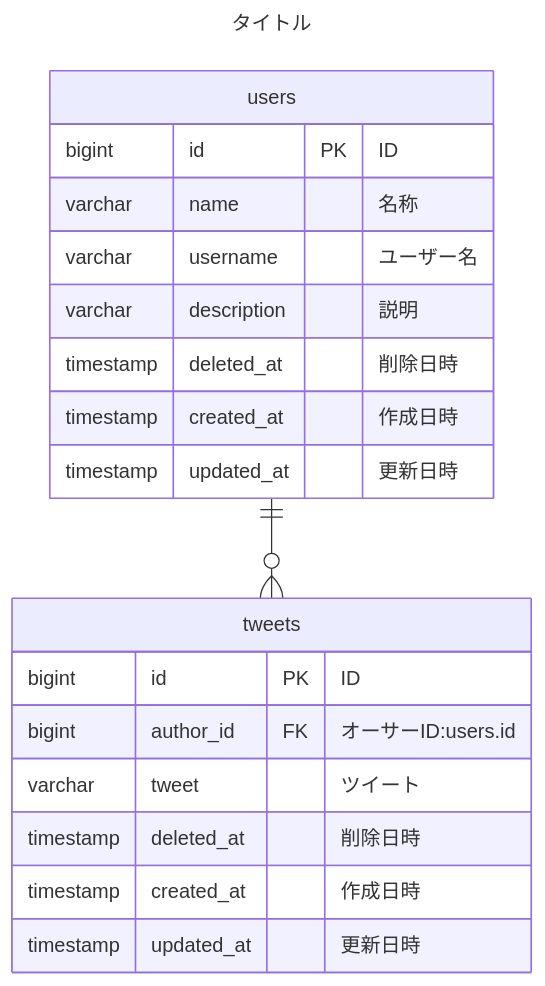
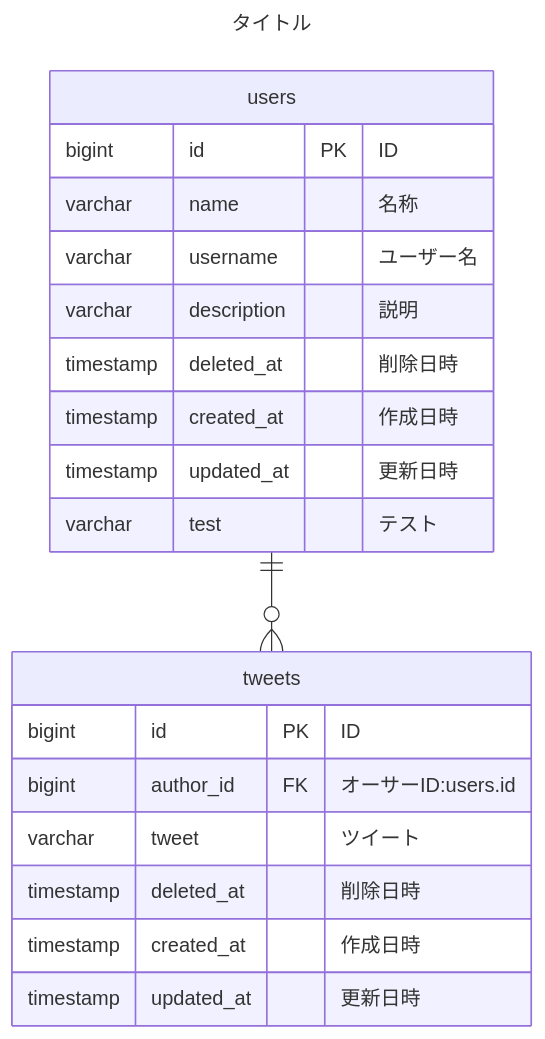
One commit to mogacha/git_tutorial changed the diagram in test1.md. Above: the diagram before and after it, drawn with Mermaid.

Commit message:
とりあえずテスト項目を追加

````diff
--- a/test1.md
+++ b/test1.md
@@ -5,26 +5,27 @@
 ```mermaid
 ---
 title: "タイトル"
 ---
 erDiagram
     users ||--o{ tweets : ""
 
     users {
         bigint id PK "ID"
         varchar name "名称"
         varchar username "ユーザー名"
         varchar description "説明"
         timestamp deleted_at "削除日時"
         timestamp created_at "作成日時"
         timestamp updated_at "更新日時"
+        varchar  test  "テスト"
     }
 
     tweets {
         bigint id PK "ID"
         bigint author_id FK "オーサーID:users.id"
         varchar tweet "ツイート"
         timestamp deleted_at "削除日時"
         timestamp created_at "作成日時"
         timestamp updated_at "更新日時"
     }
 ```
````
